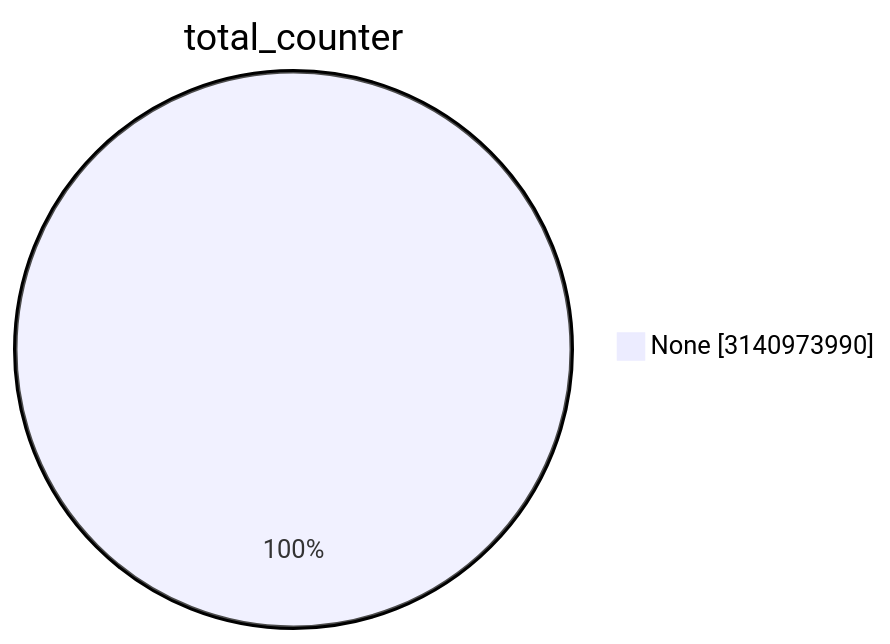
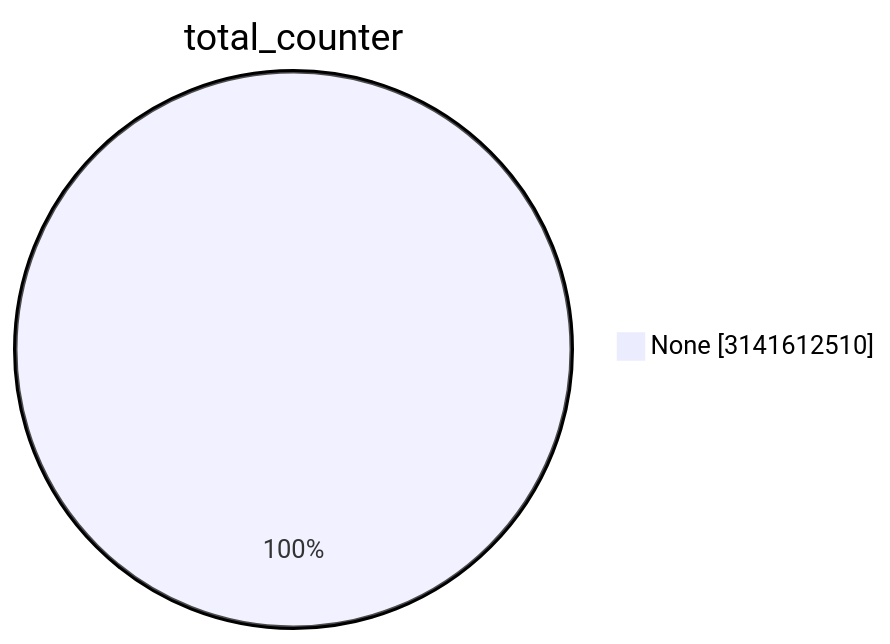
Before and after one commit to christiankrug/ctmonitor_visualization: the first of 15 diagrams in TOTAL/README.md, drawn with Mermaid. The commit also changed other lines of this file, not shown here.

````diff
--- a/TOTAL/README.md
+++ b/TOTAL/README.md
@@ -1,5 +1,5 @@
 ```mermaid
 pie showData
 title total_counter
-"None" :3140973990
+"None" :3141612510
 ```
````
